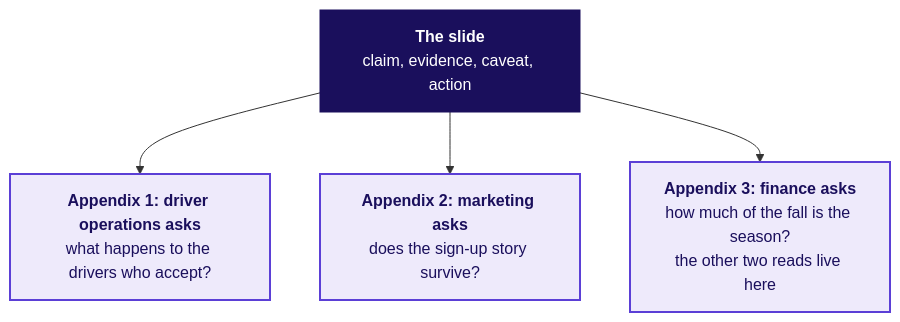
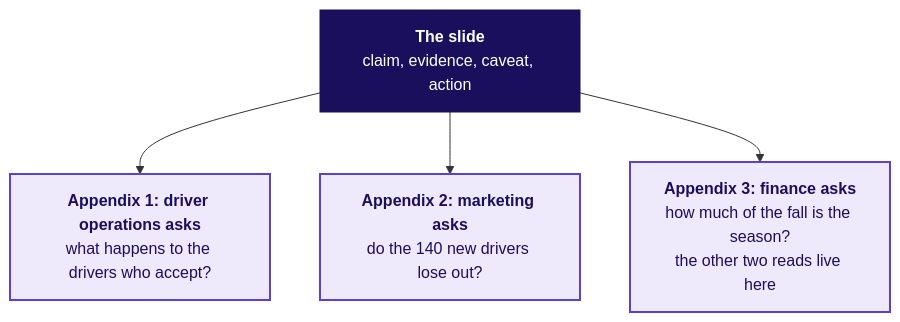
One commit to fde-academy-lab/c2-content-factory changed the fourth of 5 diagrams in content/W04/D2/slides/C2_W04_D02_half1_STUDENT.md. Above: the diagram before and after it, drawn with Mermaid. The commit also changed other lines of this file and 18 other files, not shown here.

````diff
--- a/content/W04/D2/slides/C2_W04_D02_half1_STUDENT.md
+++ b/content/W04/D2/slides/C2_W04_D02_half1_STUDENT.md
@@ -596,14 +602,14 @@
 ```mermaid
 flowchart TD
     S["<b>The slide</b><br/>claim, evidence, caveat, action"]
     A1["<b>Appendix 1: driver operations asks</b><br/>what happens to the drivers who accept?"]
-    A2["<b>Appendix 2: marketing asks</b><br/>does the sign-up story survive?"]
+    A2["<b>Appendix 2: marketing asks</b><br/>do the 140 new drivers lose out?"]
     A3["<b>Appendix 3: finance asks</b><br/>how much of the fall is the season?<br/>the other two reads live here"]
     S --> A1
     S --> A2
     S --> A3
     classDef lit fill:#1A0F5C,stroke:#1A0F5C,color:#FFFFFF
     classDef known fill:#EEEAFB,stroke:#5B3FD6,color:#1A0F5C,stroke-width:2px
     class S lit
     class A1,A2,A3 known
 ```
````
